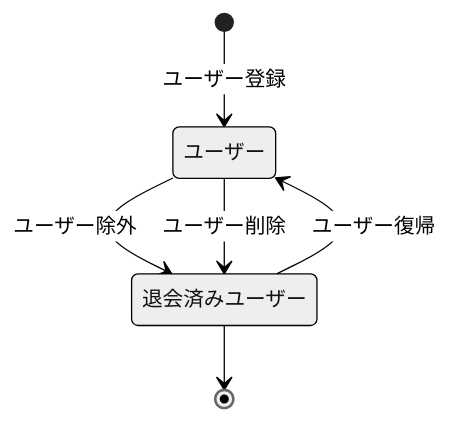
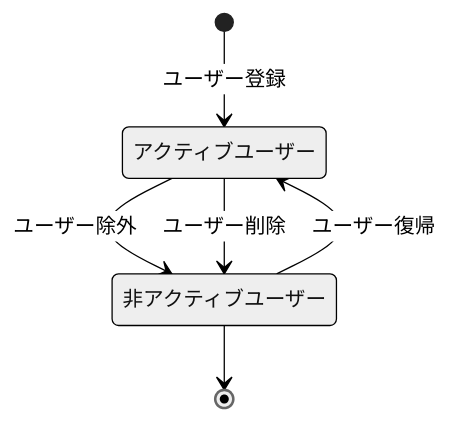
Before and after one commit to ttakuma17/til: the first of 4 diagrams in db/modeling/5/er.md, drawn with Mermaid (neutral theme). The commit also changed other lines of this file and 4 other files, not shown here.

````diff
--- a/db/modeling/5/er.md
+++ b/db/modeling/5/er.md
@@ -7,11 +13,11 @@
 ```mermaid
 stateDiagram-v2
-  active_users: ユーザー
-  inactive_users: 退会済みユーザー
+  active_users: アクティブユーザー
+  inactive_users: 非アクティブユーザー
   
   [*] --> active_users: ユーザー登録
   active_users --> inactive_users: ユーザー除外
   active_users --> inactive_users: ユーザー削除
   inactive_users --> active_users: ユーザー復帰
   inactive_users --> [*]
 ```
````
